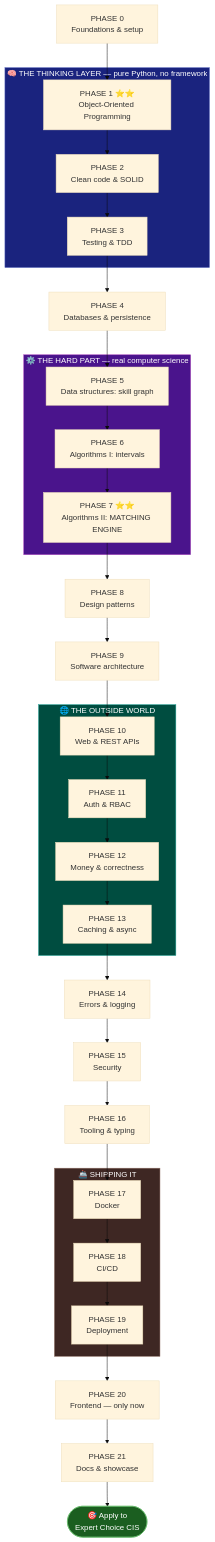
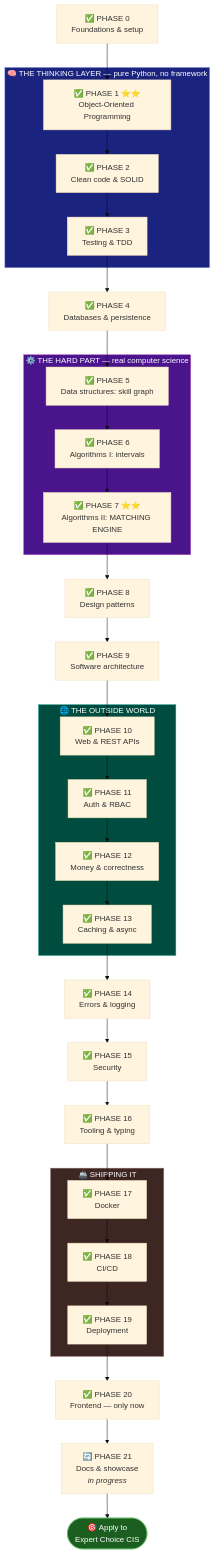
The third of 13 diagrams in WORKFLOW.md (Shakarneh/BenchFlow), drawn with Mermaid (base theme) before and after one commit. The commit also changed 2 other files, not shown here.

Commit message:
Mark phases 0-20 done and record the design pass

````diff
--- a/WORKFLOW.md
+++ b/WORKFLOW.md
@@ -76,47 +76,47 @@
 ```mermaid
 flowchart TD
-    P0["PHASE 0<br/>Foundations & setup"] --> P1
+    P0["✅ PHASE 0<br/>Foundations & setup"] --> P1
 
     subgraph CORE["🧠 THE THINKING LAYER — pure Python, no framework"]
-        P1["PHASE 1 ⭐⭐<br/>Object-Oriented Programming"] --> P2["PHASE 2<br/>Clean code & SOLID"]
-        P2 --> P3["PHASE 3<br/>Testing & TDD"]
+        P1["✅ PHASE 1 ⭐⭐<br/>Object-Oriented Programming"] --> P2["✅ PHASE 2<br/>Clean code & SOLID"]
+        P2 --> P3["✅ PHASE 3<br/>Testing & TDD"]
     end
 
-    P3 --> P4["PHASE 4<br/>Databases & persistence"]
+    P3 --> P4["✅ PHASE 4<br/>Databases & persistence"]
 
     subgraph ALGO["⚙️ THE HARD PART — real computer science"]
-        P5["PHASE 5<br/>Data structures: skill graph"] --> P6["PHASE 6<br/>Algorithms I: intervals"]
-        P6 --> P7["PHASE 7 ⭐⭐<br/>Algorithms II: MATCHING ENGINE"]
+        P5["✅ PHASE 5<br/>Data structures: skill graph"] --> P6["✅ PHASE 6<br/>Algorithms I: intervals"]
+        P6 --> P7["✅ PHASE 7 ⭐⭐<br/>Algorithms II: MATCHING ENGINE"]
     end
 
     P4 --> P5
-    P7 --> P8["PHASE 8<br/>Design patterns"]
-    P8 --> P9["PHASE 9<br/>Software architecture"]
+    P7 --> P8["✅ PHASE 8<br/>Design patterns"]
+    P8 --> P9["✅ PHASE 9<br/>Software architecture"]
 
     subgraph WEB["🌐 THE OUTSIDE WORLD"]
-        P10["PHASE 10<br/>Web & REST APIs"] --> P11["PHASE 11<br/>Auth & RBAC"]
-        P11 --> P12["PHASE 12<br/>Money & correctness"]
-        P12 --> P13["PHASE 13<br/>Caching & async"]
+        P10["✅ PHASE 10<br/>Web & REST APIs"] --> P11["✅ PHASE 11<br/>Auth & RBAC"]
+        P11 --> P12["✅ PHASE 12<br/>Money & correctness"]
+        P12 --> P13["✅ PHASE 13<br/>Caching & async"]
     end
 
     P9 --> P10
-    P13 --> P14["PHASE 14<br/>Errors & logging"]
-    P14 --> P15["PHASE 15<br/>Security"]
-    P15 --> P16["PHASE 16<br/>Tooling & typing"]
+    P13 --> P14["✅ PHASE 14<br/>Errors & logging"]
+    P14 --> P15["✅ PHASE 15<br/>Security"]
+    P15 --> P16["✅ PHASE 16<br/>Tooling & typing"]
 
     subgraph OPS["🚢 SHIPPING IT"]
-        P17["PHASE 17<br/>Docker"] --> P18["PHASE 18<br/>CI/CD"]
-        P18 --> P19["PHASE 19<br/>Deployment"]
+        P17["✅ PHASE 17<br/>Docker"] --> P18["✅ PHASE 18<br/>CI/CD"]
+        P18 --> P19["✅ PHASE 19<br/>Deployment"]
     end
 
     P16 --> P17
-    P19 --> P20["PHASE 20<br/>Frontend — only now"]
-    P20 --> P21["PHASE 21<br/>Docs & showcase"]
+    P19 --> P20["✅ PHASE 20<br/>Frontend — only now"]
+    P20 --> P21["🔄 PHASE 21<br/>Docs & showcase<br/><i>in progress</i>"]
     P21 --> DONE(["🎯 Apply to<br/>Expert Choice CIS"])
 
     style CORE fill:#1a237e,stroke:#5c6bc0,color:#fff
     style ALGO fill:#4a148c,stroke:#ab47bc,color:#fff
     style WEB fill:#004d40,stroke:#26a69a,color:#fff
     style OPS fill:#3e2723,stroke:#8d6e63,color:#fff
     style DONE fill:#1b5e20,stroke:#66bb6a,color:#fff
 ```
````
